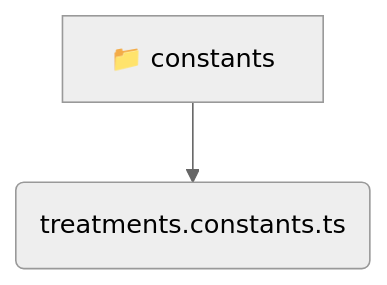
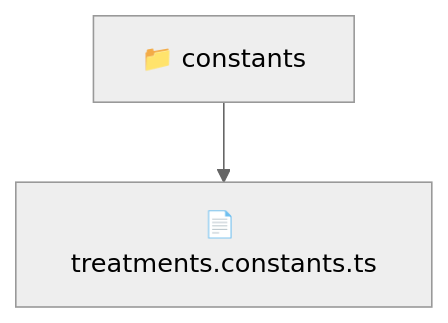
The diagram in frontend/src/entities/treatments/constants/README.md (beginwebdev2002/fullstack-mavluda), drawn with Mermaid (neutral theme) before and after one commit. The commit also changed other lines of this file and 163 other files, not shown here.

````diff
--- a/frontend/src/entities/treatments/constants/README.md
+++ b/frontend/src/entities/treatments/constants/README.md
@@ -11,5 +10,5 @@
 ```mermaid
 graph TD
-  constants[📁 constants]
-  constants --> constants_treatments_constants_ts(treatments.constants.ts)
+  Root["📁 constants"]
+  Root --> treatmentsconstantsts["📄 treatments.constants.ts"]
 ```
````
